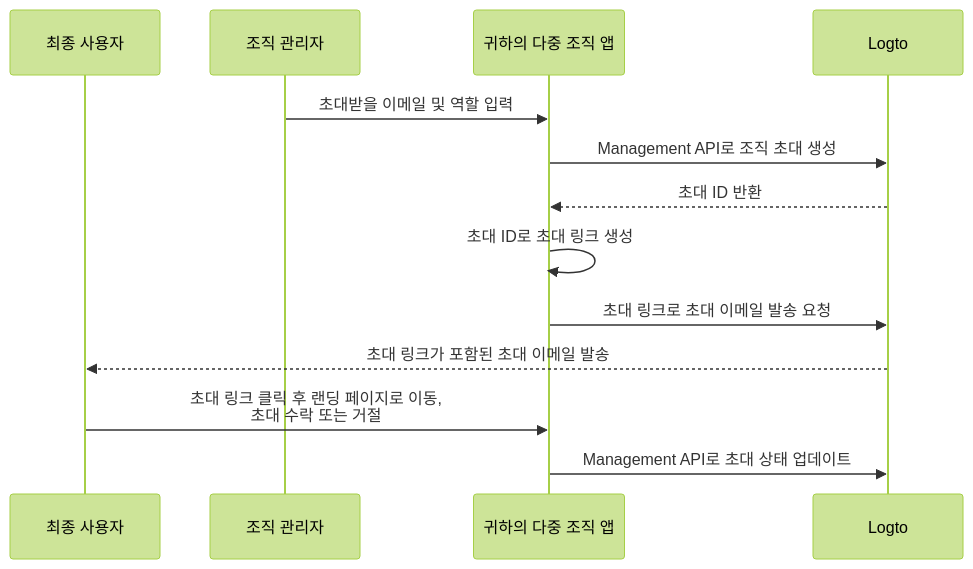
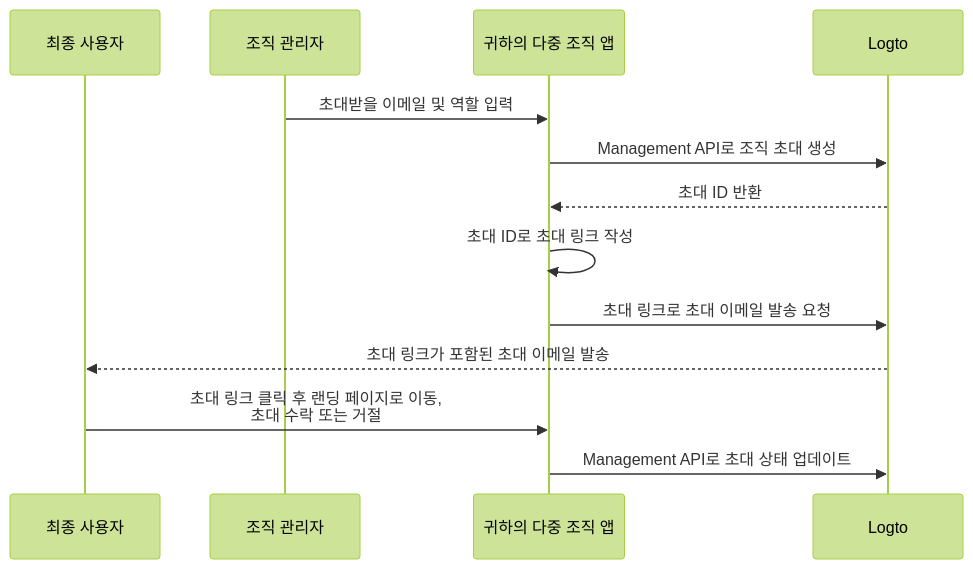
The diagram in i18n/ko/docusaurus-plugin-content-docs/current/end-user-flows/organization-experience/invite-organization-members.mdx (logto-io/docs), drawn with Mermaid (forest theme) before and after one commit. The commit also changed other lines of this file and 35 other files, not shown here.

````diff
--- a/i18n/ko/docusaurus-plugin-content-docs/current/end-user-flows/organization-experience/invite-organization-members.mdx
+++ b/i18n/ko/docusaurus-plugin-content-docs/current/end-user-flows/organization-experience/invite-organization-members.mdx
@@ -13,16 +13,16 @@
 ```mermaid
 sequenceDiagram
 	Participant U as 최종 사용자
   Participant A as 조직 관리자
   Participant C as 귀하의 다중 조직 앱
 	Participant L as Logto
 
   A ->> C: 초대받을 이메일 및 역할 입력
   C ->> L: Management API로 조직 초대 생성
   L -->> C: 초대 ID 반환
-  C ->> C: 초대 ID로 초대 링크 생성
+  C ->> C: 초대 ID로 초대 링크 작성
   C ->> L: 초대 링크로 초대 이메일 발송 요청
   L -->> U: 초대 링크가 포함된 초대 이메일 발송
   U ->> C: 초대 링크 클릭 후 랜딩 페이지로 이동,<br /> 초대 수락 또는 거절
   C ->> L: Management API로 초대 상태 업데이트
 ```
````
